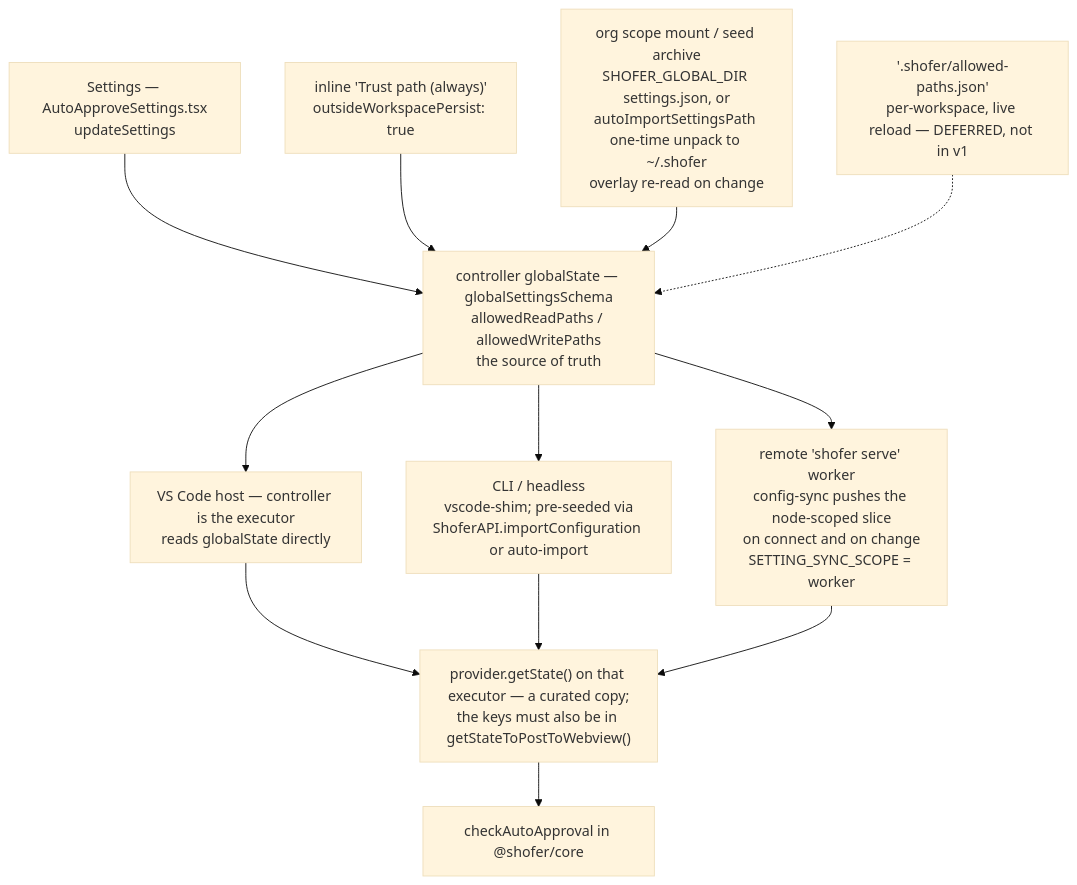
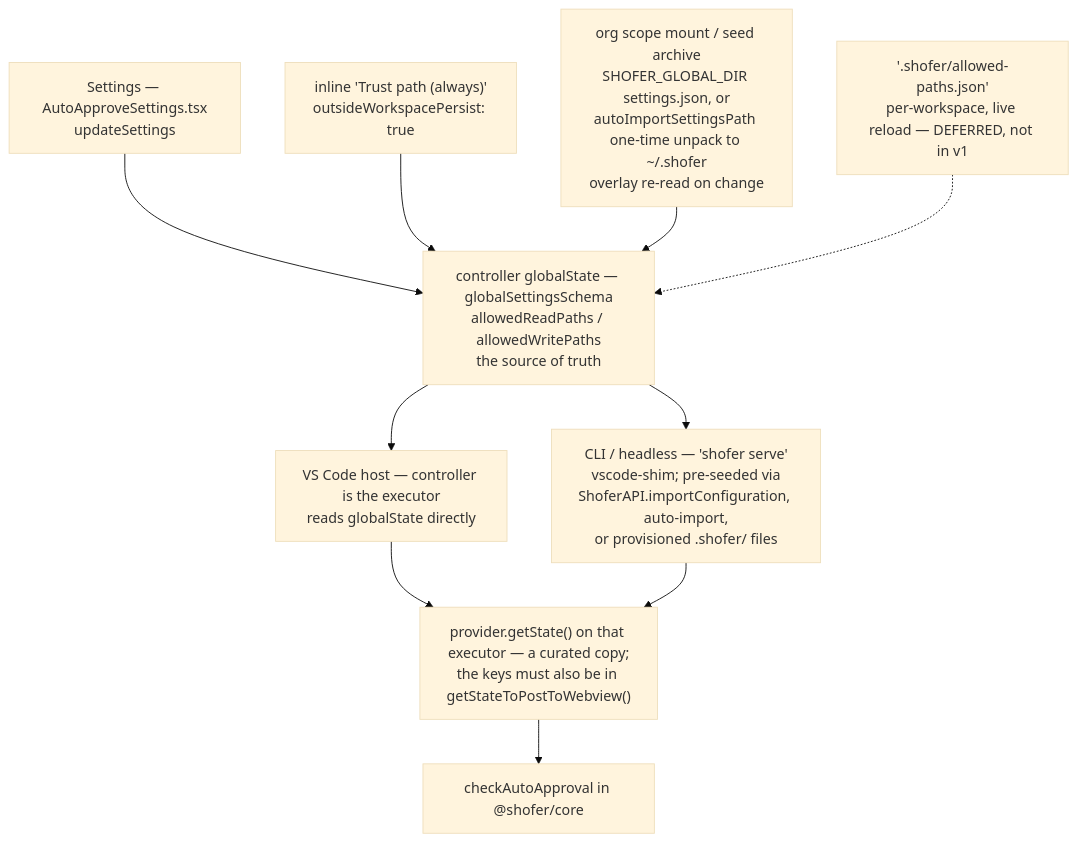
One commit to shofer-dev/shofer changed the fourth of 4 diagrams in docs/outside-workspace-path-allowlist.md. Above: the diagram before and after it, drawn with Mermaid (base theme). The commit also changed other lines of this file and 85 other files, not shown here.

First line of the commit message:
feat!: remove the Shofer Workers fleet layer (remote_agents phase 1)

````diff
--- a/docs/outside-workspace-path-allowlist.md
+++ b/docs/outside-workspace-path-allowlist.md
@@ -454,29 +427,26 @@
 ```mermaid
 flowchart TB
     SETUI["Settings — AutoApproveSettings.tsx<br/>updateSettings"]
     INLINE["inline 'Trust path (always)'<br/>outsideWorkspacePersist: true"]
     AUTO["org scope mount / seed archive<br/>SHOFER_GLOBAL_DIR settings.json, or<br/>autoImportSettingsPath one-time unpack to ~/.shofer<br/>overlay re-read on change"]
     PROJ["'.shofer/allowed-paths.json'<br/>per-workspace, live reload — DEFERRED, not in v1"]
 
     STORE["controller globalState — globalSettingsSchema<br/>allowedReadPaths / allowedWritePaths<br/>the source of truth"]
 
     VS["VS Code host — controller is the executor<br/>reads globalState directly"]
-    CLI["CLI / headless<br/>vscode-shim; pre-seeded via<br/>ShoferAPI.importConfiguration or auto-import"]
-    NODE["remote 'shofer serve' worker<br/>config-sync pushes the node-scoped slice<br/>on connect and on change<br/>SETTING_SYNC_SCOPE = worker"]
+    CLI["CLI / headless — 'shofer serve'<br/>vscode-shim; pre-seeded via<br/>ShoferAPI.importConfiguration, auto-import,<br/>or provisioned .shofer/ files"]
 
     STATE["provider.getState() on that executor — a curated copy;<br/>the keys must also be in getStateToPostToWebview()"]
     GATE["checkAutoApproval in @shofer/core"]
 
     SETUI --> STORE
     INLINE --> STORE
     AUTO --> STORE
     PROJ -.-> STORE
 
     STORE --> VS
     STORE --> CLI
-    STORE --> NODE
     VS --> STATE
     CLI --> STATE
-    NODE --> STATE
     STATE --> GATE
 ```
````
